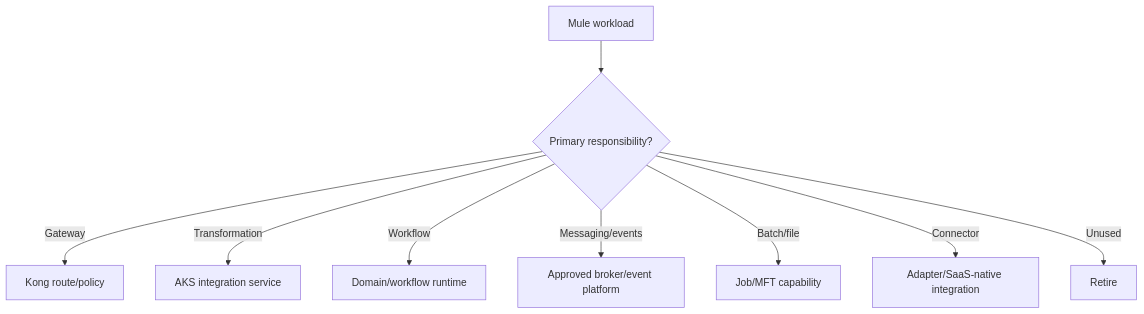
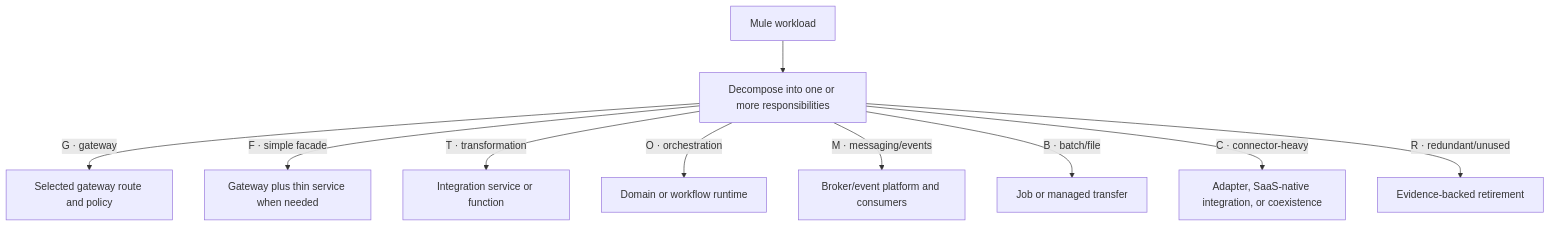
The diagram in architecture/diagrams/mule-decomposition.mmd (tomqwu/apim), drawn with Mermaid before and after one commit. The commit also changed 48 other files, not shown here.

```diff
--- a/architecture/diagrams/mule-decomposition.mmd
+++ b/architecture/diagrams/mule-decomposition.mmd
@@ -1,9 +1,10 @@
 flowchart TD
-  M["Mule workload"] --> C{"Primary responsibility?"}
-  C -->|"Gateway"| G["Kong route/policy"]
-  C -->|"Transformation"| T["AKS integration service"]
-  C -->|"Workflow"| W["Domain/workflow runtime"]
-  C -->|"Messaging/events"| Q["Approved broker/event platform"]
-  C -->|"Batch/file"| B["Job/MFT capability"]
-  C -->|"Connector"| A["Adapter/SaaS-native integration"]
-  C -->|"Unused"| R["Retire"]
+  W["Mule workload"] --> D["Decompose into one or more responsibilities"]
+  D -->|"G · gateway"| G["Selected gateway route and policy"]
+  D -->|"F · simple facade"| F["Gateway plus thin service when needed"]
+  D -->|"T · transformation"| T["Integration service or function"]
+  D -->|"O · orchestration"| O["Domain or workflow runtime"]
+  D -->|"M · messaging/events"| M["Broker/event platform and consumers"]
+  D -->|"B · batch/file"| B["Job or managed transfer"]
+  D -->|"C · connector-heavy"| C["Adapter, SaaS-native integration, or coexistence"]
+  D -->|"R · redundant/unused"| R["Evidence-backed retirement"]
```
